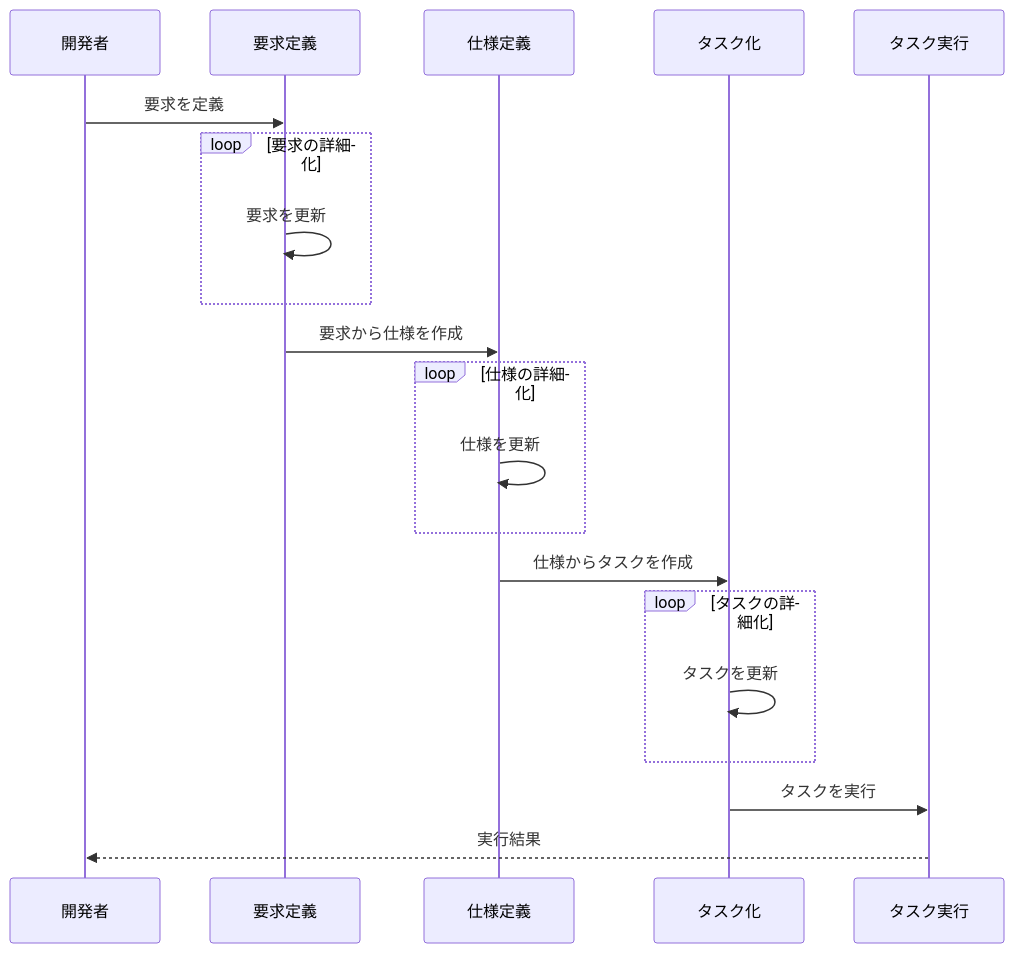
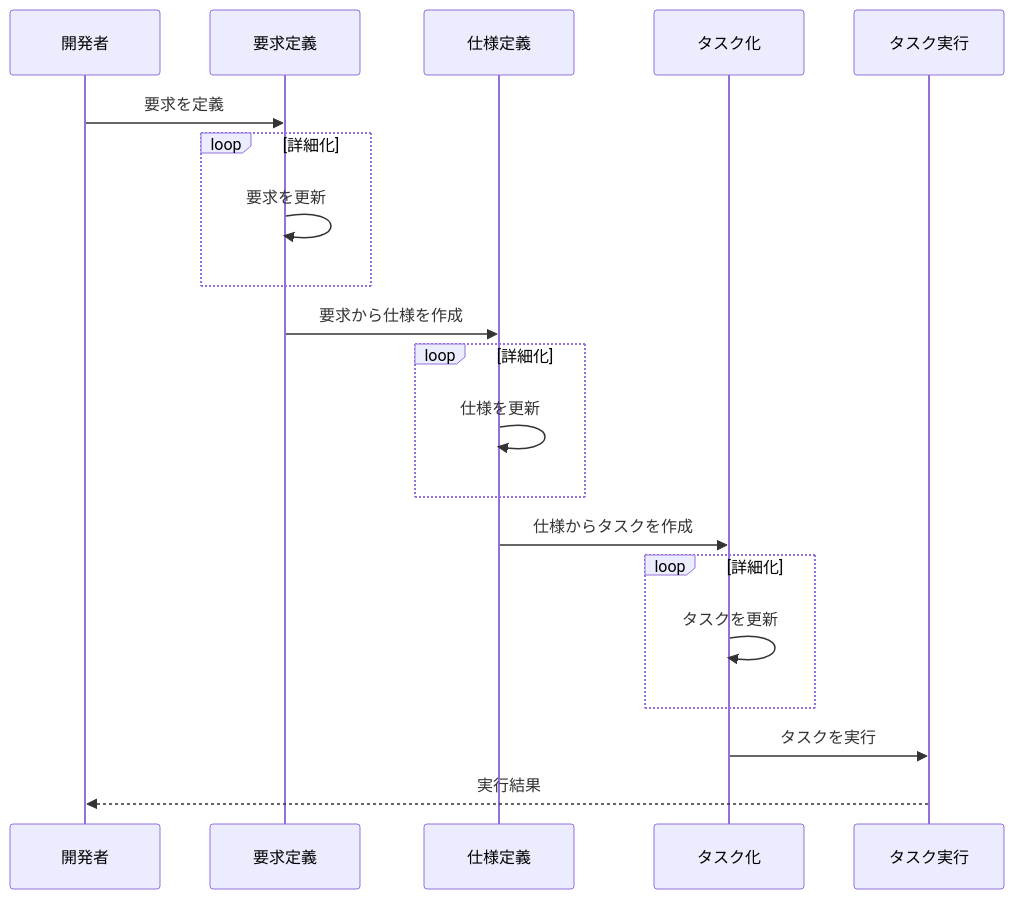
The diagram in README.md (soukadao/sdd-template), drawn with Mermaid before and after one commit.

Commit message:
シーケンス図の見た目を修正する

````diff
--- a/README.md
+++ b/README.md
@@ -81,26 +81,26 @@
 ```mermaid
 sequenceDiagram
     participant Dev as 開発者
     participant Req as 要求定義
     participant Spec as 仕様定義
     participant Task as タスク化
     participant Exec as タスク実行
 
     Dev->>Req: 要求を定義
-    loop 要求の詳細化
+    loop 詳細化
         Req->>Req: 要求を更新
     end
 
     Req->>Spec: 要求から仕様を作成
-    loop 仕様の詳細化
+    loop 詳細化
         Spec->>Spec: 仕様を更新
     end
 
     Spec->>Task: 仕様からタスクを作成
-    loop タスクの詳細化
+    loop 詳細化
         Task->>Task: タスクを更新
     end
 
     Task->>Exec: タスクを実行
     Exec-->>Dev: 実行結果
 ```
````
